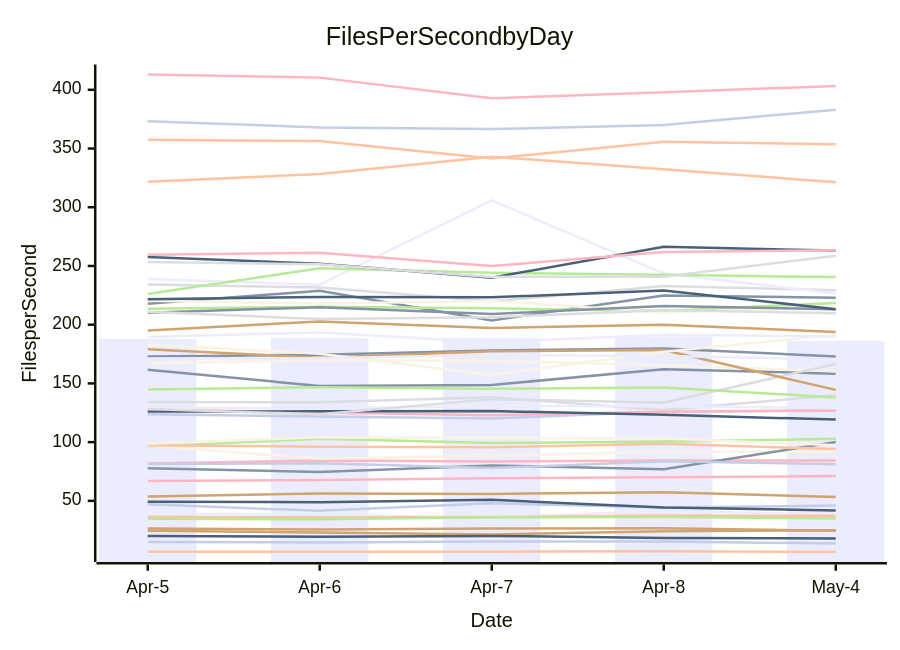
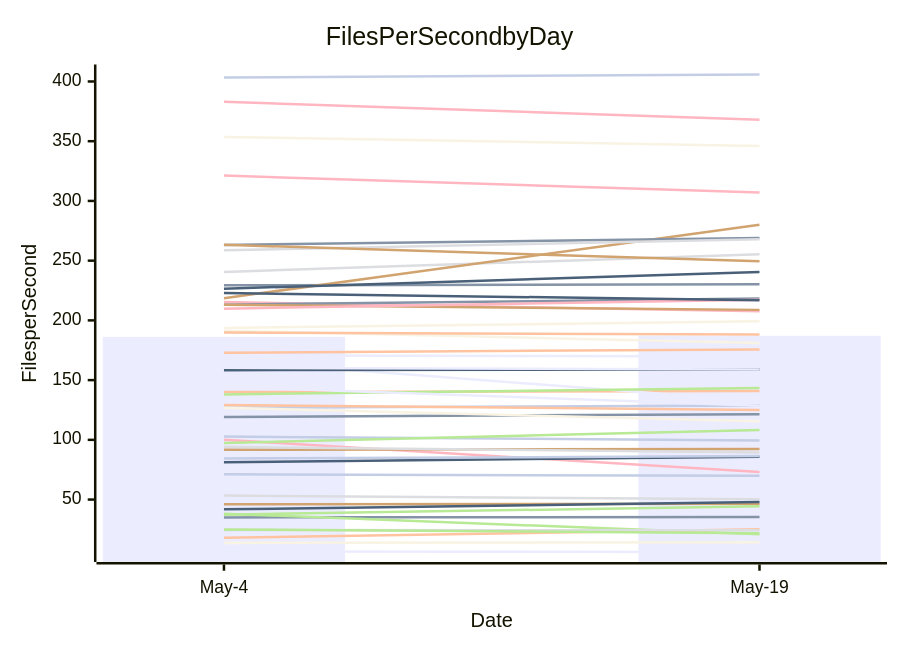
The diagram in perf-report.md (streetsidesoftware/cspell), drawn with Mermaid before and after one commit. The commit also changed other lines of this file and 2 other files, not shown here.

````diff
--- a/perf-report.md
+++ b/perf-report.md
@@ -11,57 +11,57 @@
 ```mermaid
 xychart-beta
     title Files Per Second by Day
     y-axis Files per Second
-    x-axis Date [Apr-5, Apr-6, Apr-7, Apr-8, May-4]
-    bar [187.81, 188.42, 188.59, 189.84, 186.25]
-    line [161.59, 147.84, 148.71, 162.06, 158.32]
-    line [6.57, 6.61, 6.73, 7.00, 6.46]
-    line [234.26, 231.70, 219.86, 232.88, 229.32]
-    line [96.40, 102.92, 99.21, 100.52, 102.79]
-    line [24.56, 23.07, 21.40, 24.14, 24.93]
-    line [123.74, 121.73, 120.16, 125.96, 126.81]
-    line [81.81, 84.38, 83.54, 84.32, 84.38]
-    line [20.02, 19.41, 20.18, 18.41, 17.95]
-    line [97.23, 85.82, 88.62, 91.77, 91.75]
-    line [238.81, 234.08, 305.83, 243.57, 226.51]
-    line [77.73, 74.56, 80.16, 77.02, 100.08]
-    line [97.44, 96.14, 95.65, 98.60, 94.12]
-    line [134.19, 133.87, 138.14, 127.32, 140.01]
-    line [226.17, 248.01, 244.17, 242.46, 240.52]
-    line [53.82, 56.32, 55.94, 57.36, 53.38]
-    line [14.95, 14.57, 15.50, 15.41, 13.72]
-    line [127.91, 125.16, 122.83, 125.98, 127.00]
-    line [257.73, 251.87, 240.02, 266.31, 263.11]
-    line [166.95, 170.01, 169.14, 165.39, 160.29]
-    line [38.93, 38.36, 35.23, 41.88, 38.18]
-    line [217.73, 228.96, 203.68, 224.92, 222.86]
-    line [36.40, 35.82, 36.18, 37.44, 37.38]
-    line [253.34, 251.40, 240.71, 240.89, 258.73]
-    line [213.52, 215.27, 213.92, 211.68, 218.55]
-    line [26.46, 25.57, 26.37, 26.75, 24.56]
-    line [47.13, 41.53, 47.88, 44.28, 46.04]
-    line [66.87, 67.74, 69.26, 70.15, 71.11]
-    line [126.05, 126.20, 126.46, 123.33, 119.17]
-    line [220.41, 218.02, 220.27, 210.30, 215.39]
-    line [129.75, 128.69, 130.72, 130.46, 129.13]
-    line [172.81, 174.46, 178.10, 179.62, 172.93]
-    line [357.50, 356.42, 341.55, 355.72, 353.58]
-    line [128.14, 123.76, 136.62, 133.64, 166.55]
-    line [34.80, 34.26, 36.10, 36.17, 35.07]
-    line [179.11, 171.90, 177.30, 178.37, 144.52]
-    line [81.46, 81.94, 77.93, 83.70, 81.26]
-    line [259.51, 261.27, 249.89, 261.98, 263.28]
-    line [49.22, 48.87, 50.93, 44.38, 41.81]
-    line [182.89, 175.34, 157.18, 176.94, 191.37]
-    line [171.27, 171.33, 174.25, 173.31, 170.59]
-    line [210.20, 214.91, 209.11, 216.00, 213.17]
-    line [321.72, 328.23, 343.02, 332.37, 321.24]
-    line [210.95, 204.79, 206.43, 212.35, 209.84]
-    line [144.90, 146.68, 145.47, 146.56, 138.03]
-    line [195.13, 202.74, 197.17, 200.02, 193.68]
-    line [373.30, 367.91, 366.55, 370.00, 382.99]
-    line [413.02, 410.36, 392.72, 397.99, 403.25]
-    line [221.62, 223.63, 223.28, 229.16, 213.15]
-    line [98.55, 104.22, 103.59, 103.12, 97.37]
-    line [189.55, 193.41, 185.15, 191.53, 189.78]
+    x-axis Date [May-4, May-19]
+    bar [186.25, 187.14]
+    line [35.07, 35.45]
+    line [140.01, 140.94]
+    line [53.38, 50.19]
+    line [38.18, 21.03]
+    line [46.04, 46.60]
+    line [71.11, 69.87]
+    line [100.08, 73.14]
+    line [81.26, 85.94]
+    line [191.37, 180.98]
+    line [166.55, 132.23]
+    line [119.17, 121.51]
+    line [17.95, 25.12]
+    line [24.56, 24.30]
+    line [24.93, 21.91]
+    line [91.75, 92.34]
+    line [102.79, 99.42]
+    line [382.99, 368.00]
+    line [158.32, 158.95]
+    line [13.72, 14.31]
+    line [6.46, 6.11]
+    line [229.32, 230.35]
+    line [189.78, 188.15]
+    line [240.52, 255.42]
+    line [37.38, 44.37]
+    line [218.55, 280.04]
+    line [127.00, 128.68]
+    line [215.39, 207.55]
+    line [226.51, 240.53]
+    line [353.58, 346.05]
+    line [160.29, 158.96]
+    line [213.17, 218.24]
+    line [129.13, 125.02]
+    line [94.12, 89.47]
+    line [138.03, 143.44]
+    line [213.15, 208.80]
+    line [84.38, 86.38]
+    line [321.24, 307.07]
+    line [41.81, 47.97]
+    line [126.81, 115.57]
+    line [144.52, 128.57]
+    line [263.11, 268.97]
+    line [172.93, 175.72]
+    line [258.73, 267.85]
+    line [97.37, 108.23]
+    line [263.28, 249.50]
+    line [403.25, 405.84]
+    line [209.84, 217.36]
+    line [222.86, 216.91]
+    line [193.68, 199.18]
+    line [170.59, 169.71]
 ```
````
